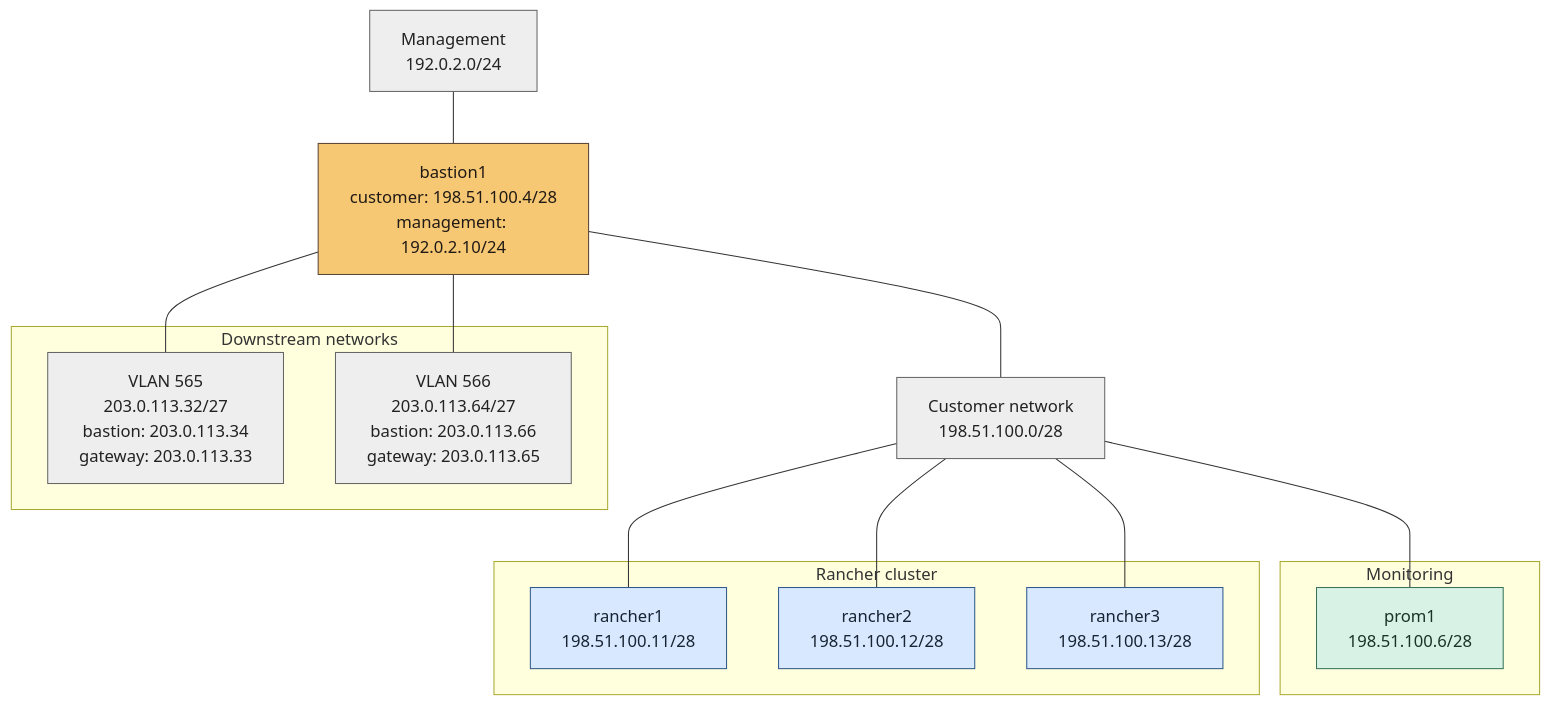
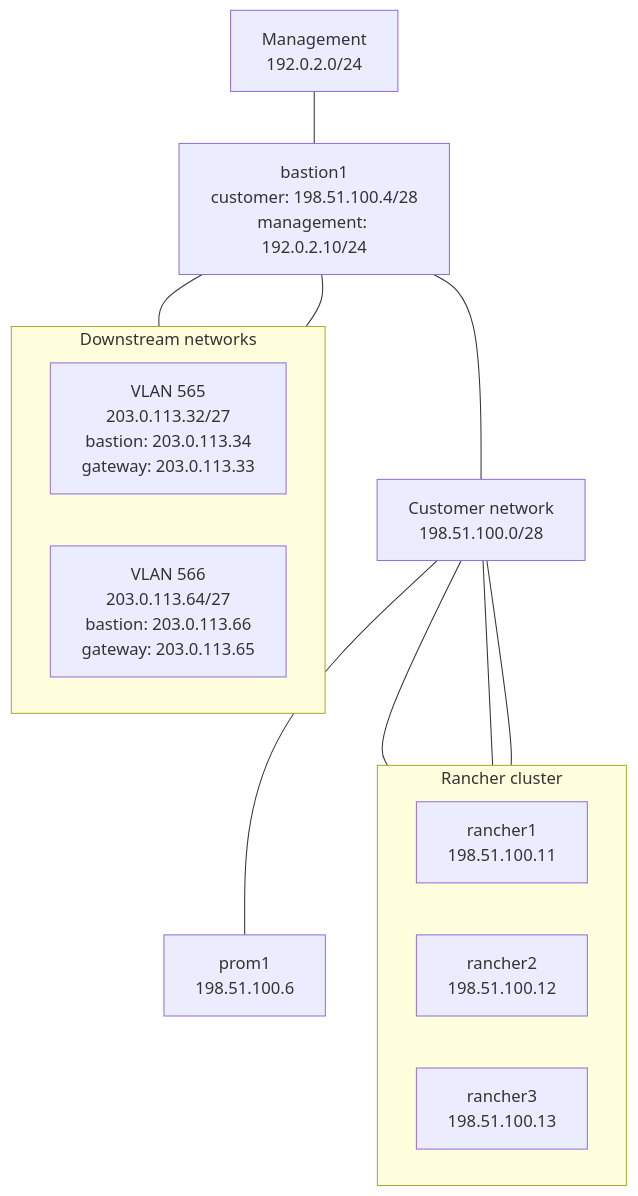
Before and after one commit to davidhrbac/rinstall: the diagram in examples/full/topology.mmd, drawn with Mermaid. The commit also changed 10 other files, not shown here.

```diff
--- a/examples/full/topology.mmd
+++ b/examples/full/topology.mmd
@@ -1,32 +1,24 @@
 flowchart TB
   network_management_288965a1f2["Management<br/>192.0.2.0/24"]
   host_bastion1_fd65cf69ce["bastion1<br/>customer: 198.51.100.4/28<br/>management: 192.0.2.10/24"]
   network_customer_b6c4586387["Customer network<br/>198.51.100.0/28"]
-  subgraph monitoring["Monitoring"]
-    host_prom1_abf2e7bd7a["prom1<br/>198.51.100.6/28"]
-  end
+  host_prom1_abf2e7bd7a["prom1<br/>198.51.100.6"]
   subgraph rancher_cluster["Rancher cluster"]
-    host_rancher1_d47e6b0e07["rancher1<br/>198.51.100.11/28"]
-    host_rancher2_bcc55a020f["rancher2<br/>198.51.100.12/28"]
-    host_rancher3_bbbf0c319b["rancher3<br/>198.51.100.13/28"]
+    direction LR
+    host_rancher1_d47e6b0e07["rancher1<br/>198.51.100.11"]
+    host_rancher2_bcc55a020f["rancher2<br/>198.51.100.12"]
+    host_rancher3_bbbf0c319b["rancher3<br/>198.51.100.13"]
   end
   subgraph downstream["Downstream networks"]
+    direction LR
     network_downstream_vlan565_8ed6786137["VLAN 565<br/>203.0.113.32/27<br/>bastion: 203.0.113.34<br/>gateway: 203.0.113.33"]
     network_downstream_vlan566_d2bd8ff235["VLAN 566<br/>203.0.113.64/27<br/>bastion: 203.0.113.66<br/>gateway: 203.0.113.65"]
   end
   network_management_288965a1f2 --- host_bastion1_fd65cf69ce
   host_bastion1_fd65cf69ce --- network_customer_b6c4586387
   network_customer_b6c4586387 --- host_prom1_abf2e7bd7a
   network_customer_b6c4586387 --- host_rancher1_d47e6b0e07
   network_customer_b6c4586387 --- host_rancher2_bcc55a020f
   network_customer_b6c4586387 --- host_rancher3_bbbf0c319b
   host_bastion1_fd65cf69ce --- network_downstream_vlan565_8ed6786137
   host_bastion1_fd65cf69ce --- network_downstream_vlan566_d2bd8ff235
-  classDef bastion fill:#f7c873,stroke:#5b4636,color:#201a16
-  classDef rancher fill:#d8e8ff,stroke:#315a8a,color:#172433
-  classDef monitoring fill:#d9f2e6,stroke:#39735a,color:#193326
-  classDef network fill:#eeeeee,stroke:#666666,color:#222222
-  class host_bastion1_fd65cf69ce bastion
-  class host_rancher1_d47e6b0e07,host_rancher2_bcc55a020f,host_rancher3_bbbf0c319b rancher
-  class host_prom1_abf2e7bd7a monitoring
-  class network_customer_b6c4586387,network_management_288965a1f2,network_downstream_vlan565_8ed6786137,network_downstream_vlan566_d2bd8ff235 network
```
